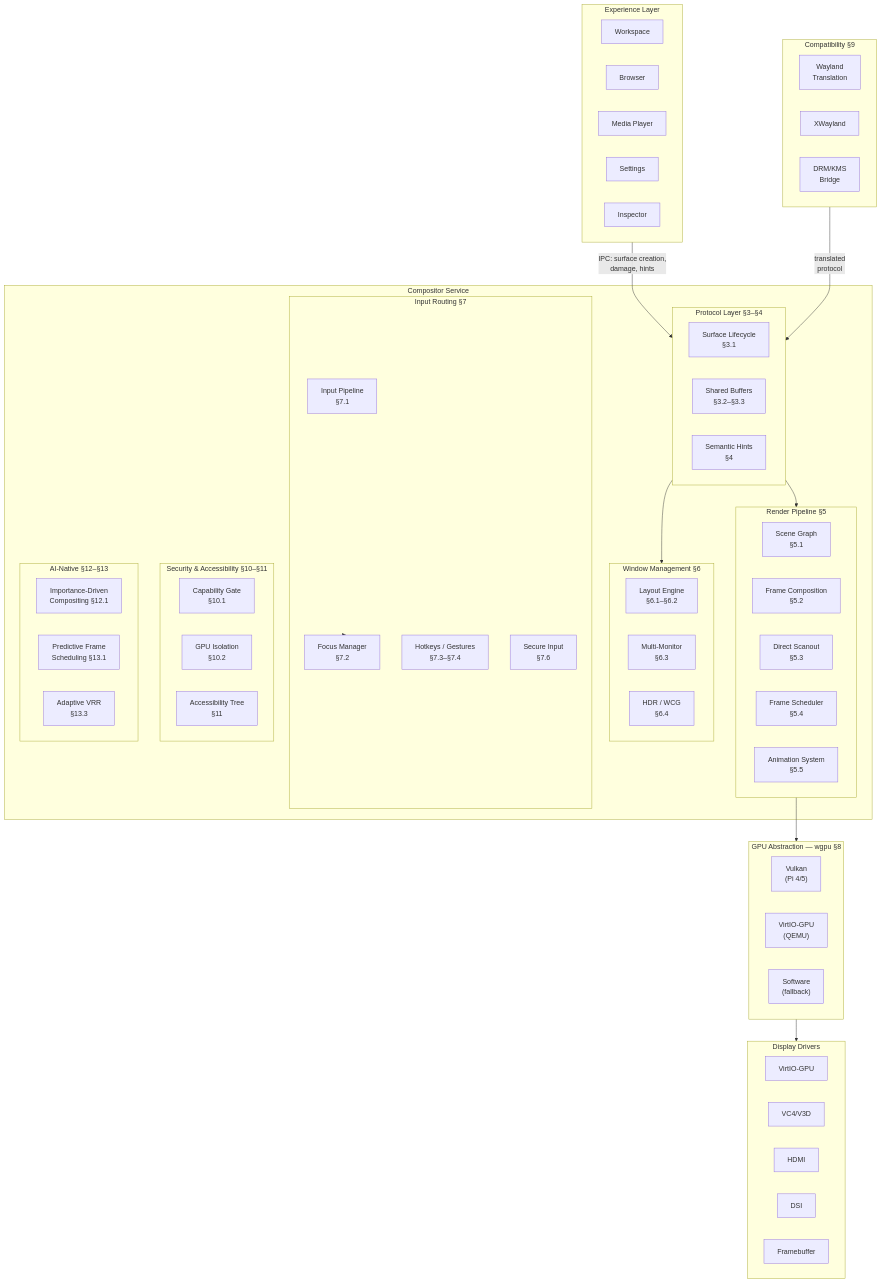
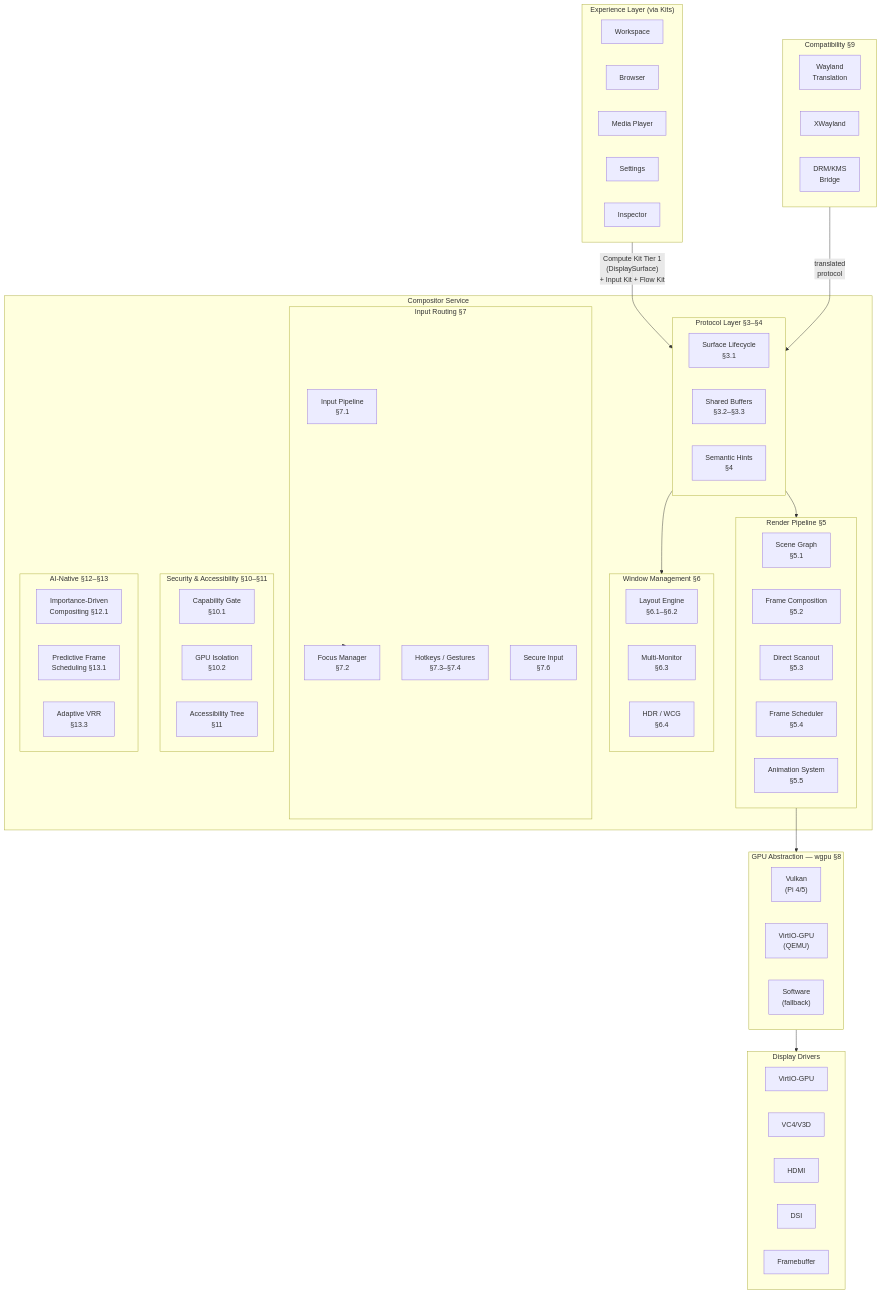
The diagram in docs/platform/compositor.md (juslee/aios), drawn with Mermaid before and after one commit. The commit also changed other lines of this file, not shown here.

First line of the commit message:
Docs: Align compositor.md with Kit architecture decisions

````diff
--- a/docs/platform/compositor.md
+++ b/docs/platform/compositor.md
@@ -51,6 +54,6 @@
 ```mermaid
 flowchart TD
-    subgraph Experience["Experience Layer"]
+    subgraph Experience["Experience Layer (via Kits)"]
         Workspace
         Browser
         MediaPlayer["Media Player"]
@@ -58,7 +61,7 @@
         Inspector
     end
 
-    Experience -->|"IPC: surface creation,\ndamage, hints"| Protocol
+    Experience -->|"Compute Kit Tier 1\n(DisplaySurface)\n+ Input Kit + Flow Kit"| Protocol
 
     subgraph Compositor["Compositor Service"]
         subgraph Protocol["Protocol Layer §3–§4"]
````
